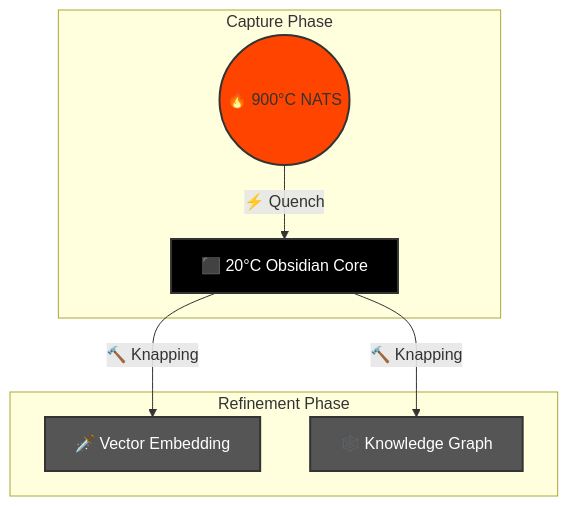
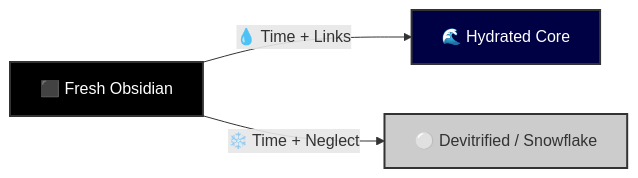
Before and after one commit to TTaoGaming/hfo_2025_11: the third of 3 diagrams in brain/design_obsidian_thermodynamics.md, drawn with Mermaid. The commit also changed other lines of this file and 1 other file, not shown here.

Commit message:
feat(brain): implement scientifically rigorous obsidian thermodynamics

````diff
--- a/brain/design_obsidian_thermodynamics.md
+++ b/brain/design_obsidian_thermodynamics.md
@@ -100,14 +78,8 @@
 ```mermaid
-graph TD
-    subgraph HOT [Capture Phase]
-        A((🔥 900°C NATS)) -->|⚡ Quench| B[⬛ 20°C Obsidian Core]
-    end
-    subgraph COLD [Refinement Phase]
-        B -->|🔨 Knapping| C[🗡️ Vector Embedding]
-        B -->|🔨 Knapping| D[🕸️ Knowledge Graph]
-    end
-    style A fill:#ff4400,stroke:#333,stroke-width:2px
-    style B fill:#000000,stroke:#333,stroke-width:2px,color:#fff
-    style C fill:#555,stroke:#333,stroke-width:2px,color:#fff
-    style D fill:#555,stroke:#333,stroke-width:2px,color:#fff
+graph LR
+    A[⬛ Fresh Obsidian] -->|💧 Time + Links| B[🌊 Hydrated Core]
+    A -->|❄️ Time + Neglect| C[⚪ Devitrified / Snowflake]
+    style A fill:#000000,stroke:#333,stroke-width:2px,color:#fff
+    style B fill:#000044,stroke:#333,stroke-width:2px,color:#fff
+    style C fill:#cccccc,stroke:#333,stroke-width:2px
 ```
````
